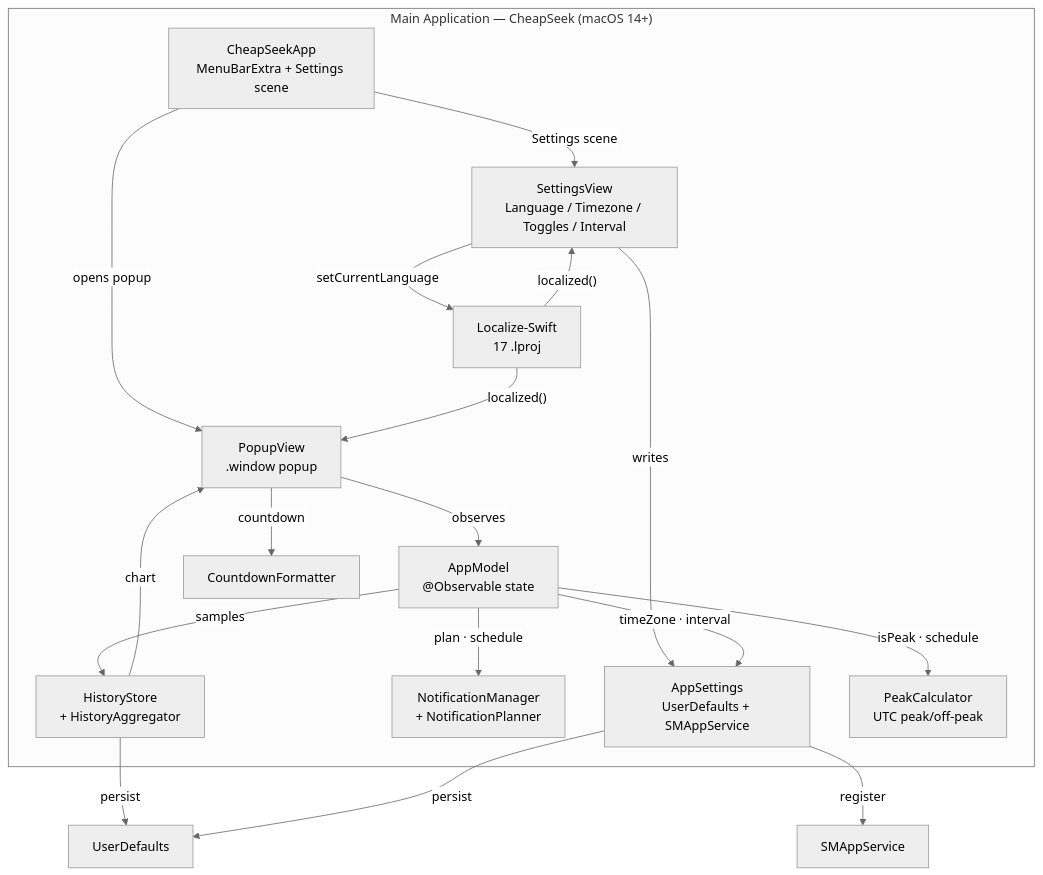
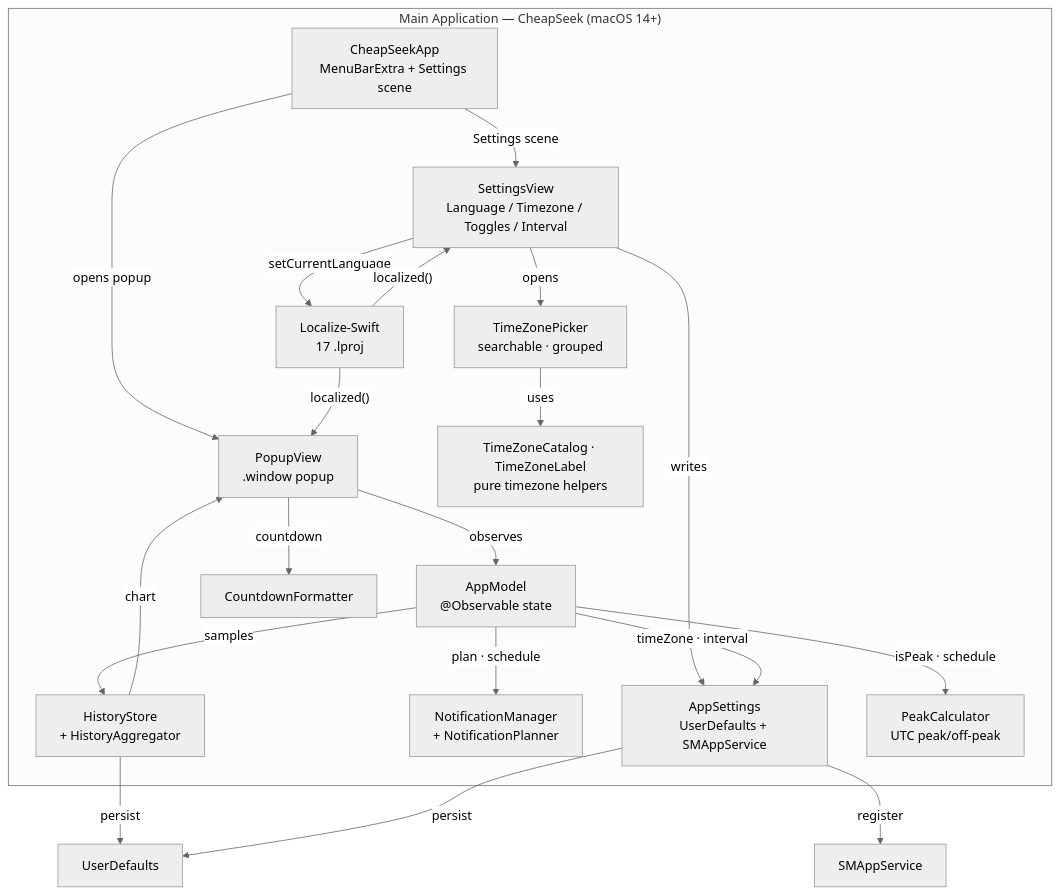
The diagram in README.md (mahirfatih/cheapseek), drawn with Mermaid (neutral theme) before and after one commit. The commit also changed other lines of this file and 45 other files, not shown here.

Commit message:
Add a searchable, region-grouped timezone picker and grouped settings layout

````diff
--- a/README.md
+++ b/README.md
@@ -57,32 +74,36 @@
 ```mermaid
 graph TD
     subgraph App["Main Application — CheapSeek (macOS 14+)"]
         Entry["CheapSeekApp<br/>MenuBarExtra + Settings scene"]
         Popup["PopupView<br/>.window popup"]
         Settings["SettingsView<br/>Language / Timezone / Toggles / Interval"]
+        Picker["TimeZonePicker<br/>searchable · grouped"]
+        Zone["TimeZoneCatalog · TimeZoneLabel<br/>pure timezone helpers"]
         Model["AppModel<br/>@Observable state"]
         Config["AppSettings<br/>UserDefaults + SMAppService"]
         Notify["NotificationManager<br/>+ NotificationPlanner"]
         History["HistoryStore<br/>+ HistoryAggregator"]
         Core["PeakCalculator<br/>UTC peak/off-peak"]
         Fmt["CountdownFormatter"]
         L10n["Localize-Swift<br/>17 .lproj"]
     end
 
     Entry -->|"opens popup"| Popup
     Entry -->|"Settings scene"| Settings
     Popup -->|"observes"| Model
     Popup -->|"countdown"| Fmt
     Settings -->|"writes"| Config
+    Settings -->|"opens"| Picker
+    Picker -->|"uses"| Zone
     Settings -->|"setCurrentLanguage"| L10n
     Model -->|"isPeak · schedule"| Core
     Model -->|"timeZone · interval"| Config
     Model -->|"plan · schedule"| Notify
     Model -->|"samples"| History
     History -->|"chart"| Popup
     History -->|"persist"| Store["UserDefaults"]
     Config -->|"persist"| Store["UserDefaults"]
     Config -->|"register"| SM["SMAppService"]
     L10n -->|"localized()"| Popup
     L10n -->|"localized()"| Settings
 ```
````
